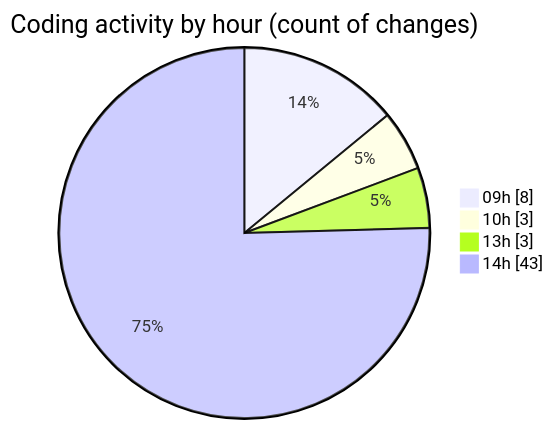
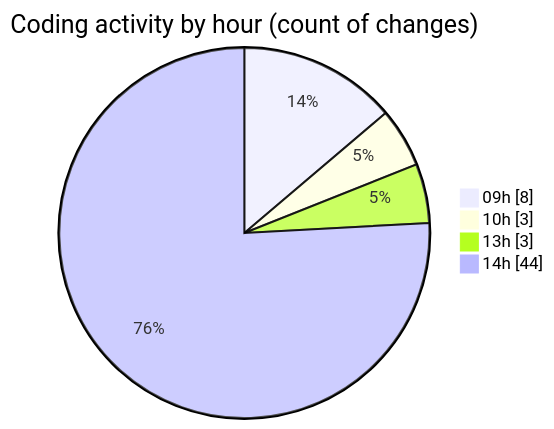
Before and after one commit to momahboobian/code-tracking: the second of 2 diagrams in 2026-04-09/cda/README.md, drawn with Mermaid. The commit also changed other lines of this file and 1 other file, not shown here.

````diff
--- a/2026-04-09/cda/README.md
+++ b/2026-04-09/cda/README.md
@@ -43,8 +43,8 @@
 ```mermaid
 pie showData
 title Coding activity by hour (count of changes)
 "09h" : 8
 "10h" : 3
 "13h" : 3
-"14h" : 43
+"14h" : 44
 ```
````
